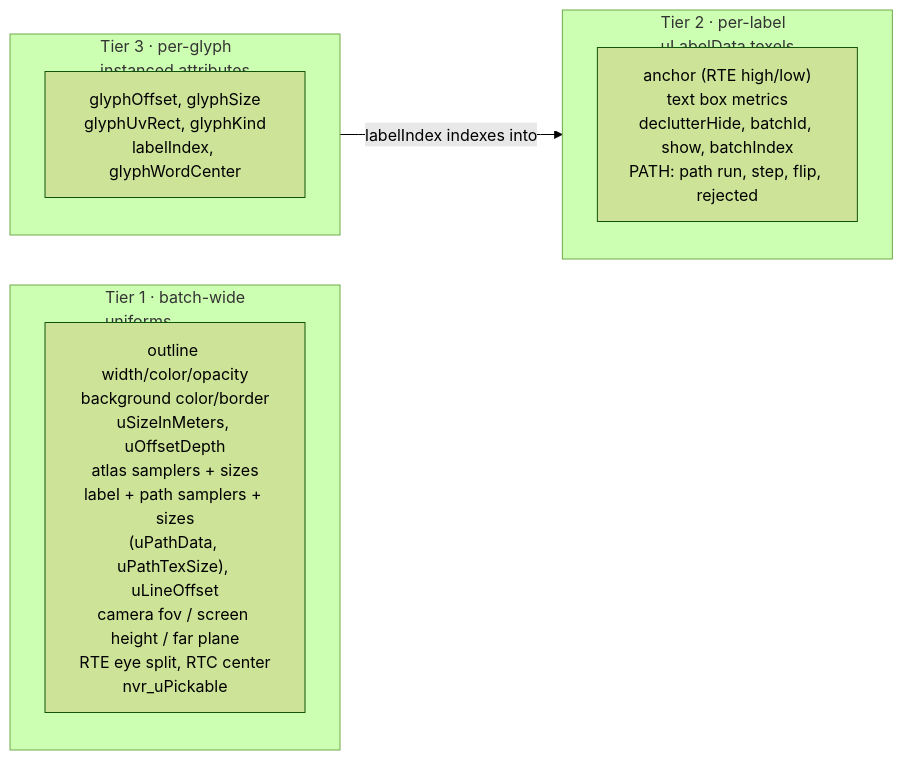
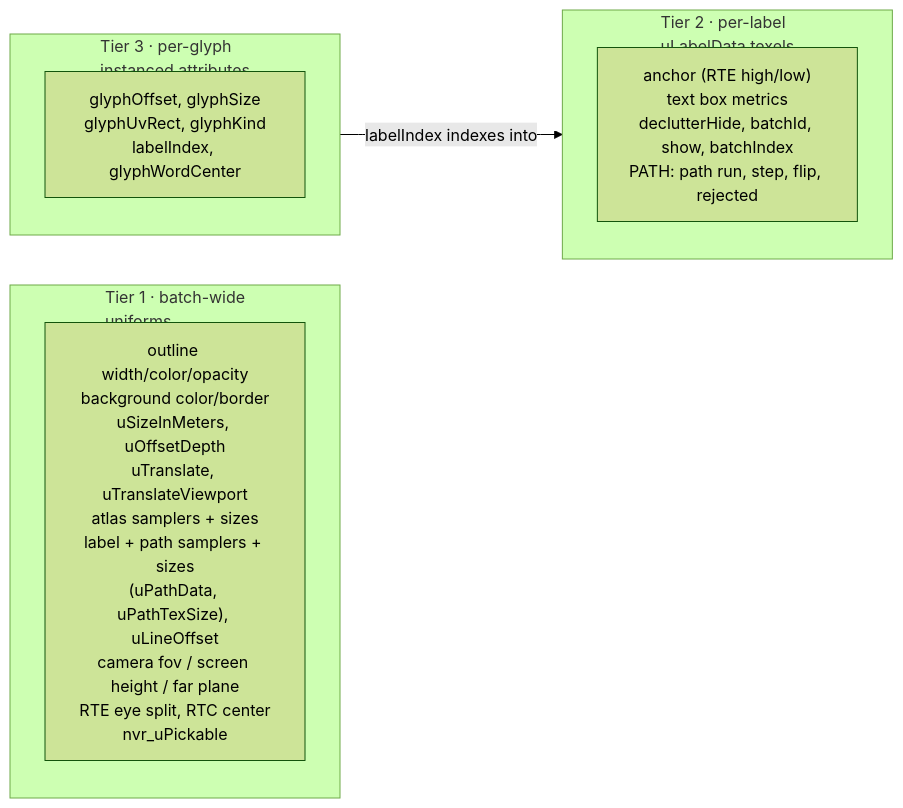
Before and after one commit to adel-elmala/navara: the diagram in guide/TEXT_BATCHING.md, drawn with Mermaid (forest theme). The commit also changed 35 other files, not shown here.

````diff
--- a/guide/TEXT_BATCHING.md
+++ b/guide/TEXT_BATCHING.md
@@ -31,13 +31,13 @@
 ```mermaid
 flowchart LR
   subgraph U["Tier 1 · batch-wide<br/>uniforms"]
-    U1["outline width/color/opacity<br/>background color/border<br/>uSizeInMeters, uOffsetDepth<br/>atlas samplers + sizes<br/>label + path samplers + sizes<br/>(uPathData, uPathTexSize), uLineOffset<br/>camera fov / screen height / far plane<br/>RTE eye split, RTC center<br/>nvr_uPickable"]
+    U1["outline width/color/opacity<br/>background color/border<br/>uSizeInMeters, uOffsetDepth<br/>uTranslate, uTranslateViewport<br/>atlas samplers + sizes<br/>label + path samplers + sizes<br/>(uPathData, uPathTexSize), uLineOffset<br/>camera fov / screen height / far plane<br/>RTE eye split, RTC center<br/>nvr_uPickable"]
   end
   subgraph L["Tier 2 · per-label<br/>uLabelData texels"]
     L1["anchor (RTE high/low)<br/>text box metrics<br/>declutterHide, batchId, show, batchIndex<br/>PATH: path run, step, flip, rejected"]
   end
   subgraph G["Tier 3 · per-glyph<br/>instanced attributes"]
     G1["glyphOffset, glyphSize<br/>glyphUvRect, glyphKind<br/>labelIndex, glyphWordCenter"]
   end
   G -->|"labelIndex indexes into"| L
 ```
````
